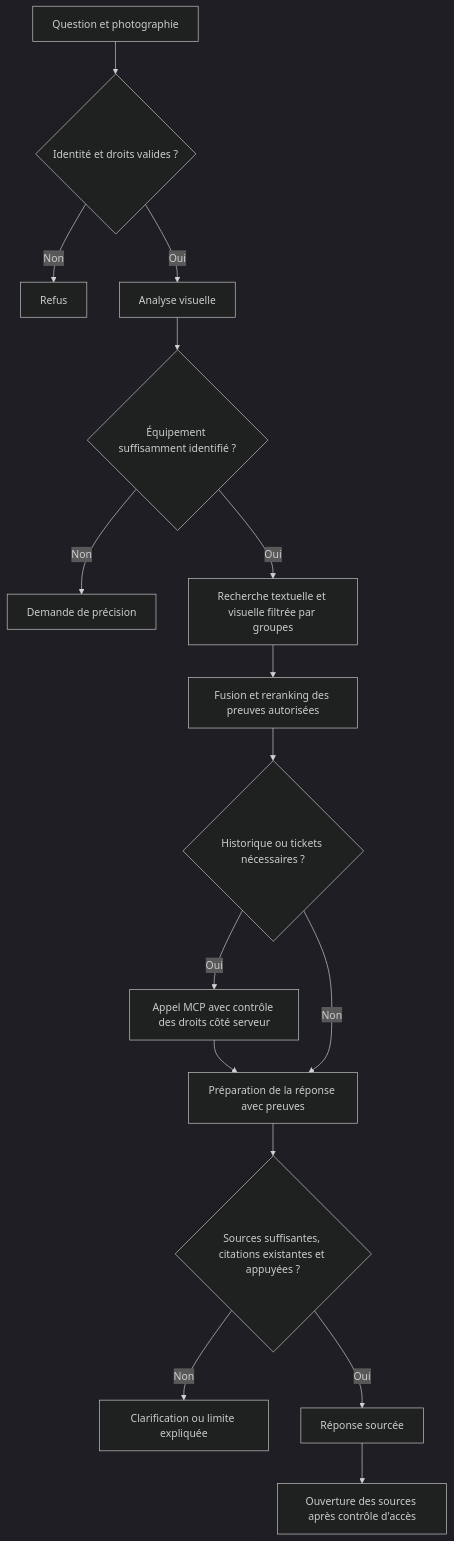
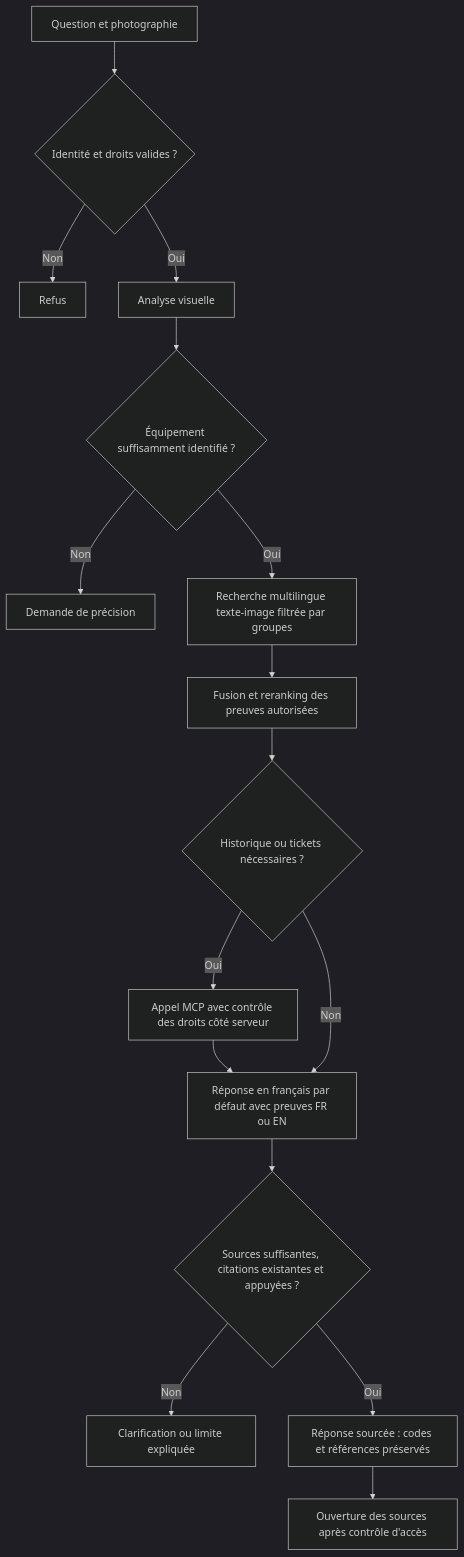
Before and after one commit to ayoubbelouanas/maintidoc: the diagram in docs/diagrammes/requete.mmd, drawn with Mermaid (dark theme). The commit also changed 12 other files, not shown here.

```diff
--- a/docs/diagrammes/requete.mmd
+++ b/docs/diagrammes/requete.mmd
@@ -1,16 +1,16 @@
 flowchart TD
     Q[Question et photographie] --> A{Identité et droits valides ?}
     A -->|Non| REF[Refus]
     A -->|Oui| V[Analyse visuelle]
     V --> ID{Équipement suffisamment identifié ?}
     ID -->|Non| CL[Demande de précision]
-    ID -->|Oui| R[Recherche textuelle et visuelle filtrée par groupes]
+    ID -->|Oui| R[Recherche multilingue texte-image filtrée par groupes]
     R --> RR[Fusion et reranking des preuves autorisées]
     RR --> M{Historique ou tickets nécessaires ?}
     M -->|Oui| MCP[Appel MCP avec contrôle des droits côté serveur]
-    MCP --> P[Préparation de la réponse avec preuves]
+    MCP --> P[Réponse en français par défaut avec preuves FR ou EN]
     M -->|Non| P
     P --> C{Sources suffisantes, citations existantes et appuyées ?}
     C -->|Non| LIM[Clarification ou limite expliquée]
-    C -->|Oui| OUT[Réponse sourcée]
+    C -->|Oui| OUT[Réponse sourcée : codes et références préservés]
     OUT --> OPEN[Ouverture des sources après contrôle d'accès]
```
